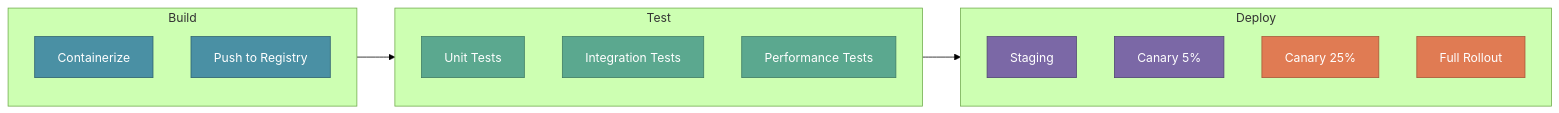
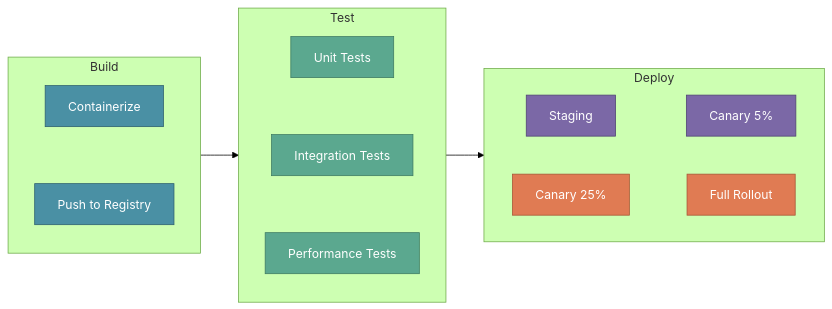
One commit to vinaykagithapu/vinay.github.io changed the fourth of 6 diagrams in docs/mlops/mlops-fundamentals/4-mlops-lifecycle.md. Above: the diagram before and after it, drawn with Mermaid (forest theme). The commit also changed other lines of this file, not shown here.

Commit message:
Refactor MLOps lifecycle documentation: Update flowchart phases for clarity, rename 'Testing & Deployment' to 'TDP', and enhance diagram connections. Remove outdated experiment tracking example to streamline content.

````diff
--- a/docs/mlops/mlops-fundamentals/4-mlops-lifecycle.md
+++ b/docs/mlops/mlops-fundamentals/4-mlops-lifecycle.md
@@ -283,32 +263,37 @@
 ```mermaid
 flowchart LR
     subgraph build[Build]
         B1[Containerize]
         B2[Push to Registry]
+        B1 ~~~ B2
     end
     
     subgraph test[Test]
         T1[Unit Tests]
         T2[Integration Tests]
         T3[Performance Tests]
+        T1 ~~~ T2 ~~~ T3
     end
     
     subgraph deploy[Deploy]
+        direction LR
         D1[Staging]
         D2[Canary 5%]
+        D1 ~~~ D2
         D3[Canary 25%]
         D4[Full Rollout]
+        D3 ~~~ D4
     end
     
     build --> test --> deploy
     
     style B1 fill:#4A90A4,stroke:#2C5F6E,color:#fff
     style B2 fill:#4A90A4,stroke:#2C5F6E,color:#fff
     style T1 fill:#5BA88F,stroke:#3D7A62,color:#fff
     style T2 fill:#5BA88F,stroke:#3D7A62,color:#fff
     style T3 fill:#5BA88F,stroke:#3D7A62,color:#fff
     style D1 fill:#7B68A6,stroke:#4E4272,color:#fff
     style D2 fill:#7B68A6,stroke:#4E4272,color:#fff
     style D3 fill:#E07B53,stroke:#A65535,color:#fff
     style D4 fill:#E07B53,stroke:#A65535,color:#fff
 ```
````
